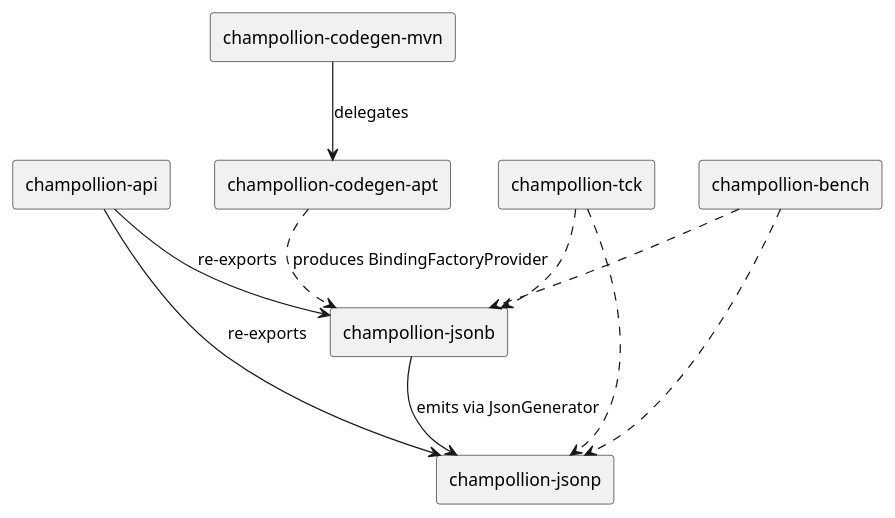
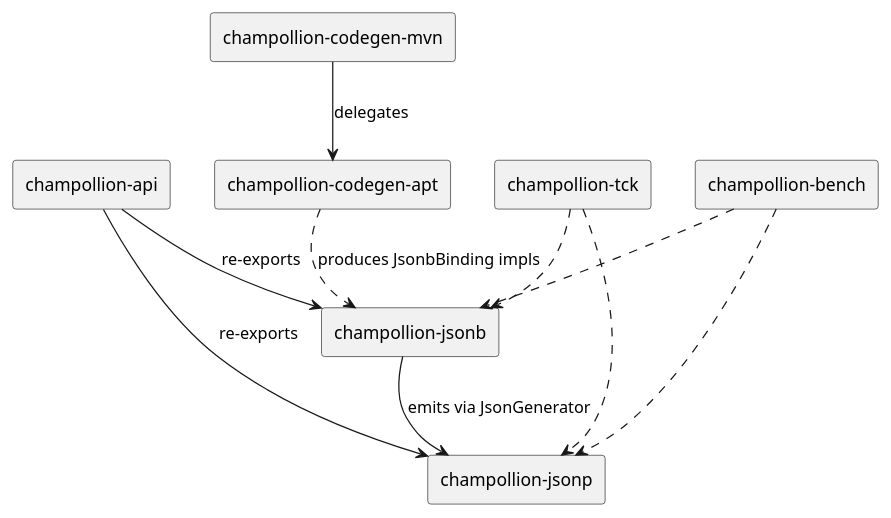
The first of 4 diagrams in docs/en/modules/ROOT/pages/internals.adoc (vidocq-stack/champollion), drawn with PlantUML before and after one commit. The commit also changed other lines of this file and 7 other files, not shown here.

```diff
--- a/docs/en/modules/ROOT/pages/internals.adoc
+++ b/docs/en/modules/ROOT/pages/internals.adoc
@@ -9,24 +9,24 @@
 [plantuml]
 ....
 @startuml
 skinparam componentStyle rectangle
 
 [champollion-api]            as api
 [champollion-jsonp]          as jsonp
 [champollion-jsonb]          as jsonb
 [champollion-codegen-apt]    as apt
 [champollion-codegen-mvn]    as mvn
 [champollion-bench]          as bench
 [champollion-tck]            as tck
 
 api    --> jsonp : re-exports
 api    --> jsonb : re-exports
 jsonb  --> jsonp : emits via JsonGenerator
 mvn    --> apt   : delegates
-apt    ..> jsonb : produces BindingFactoryProvider
+apt    ..> jsonb : produces JsonbBinding impls
 bench  ..> jsonp
 bench  ..> jsonb
 tck    ..> jsonp
 tck    ..> jsonb
 @enduml
 ....
```
